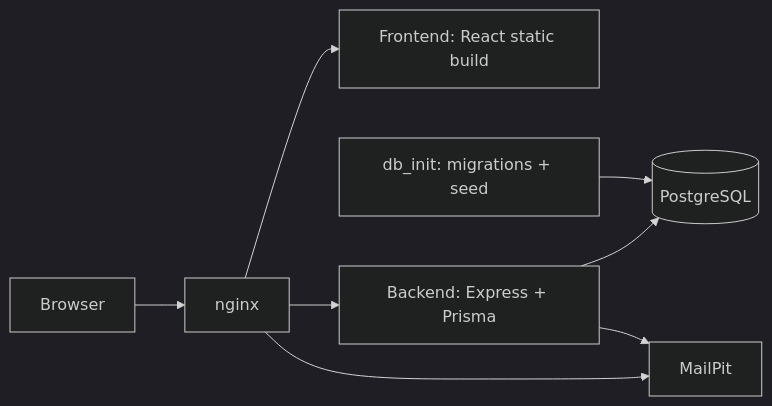
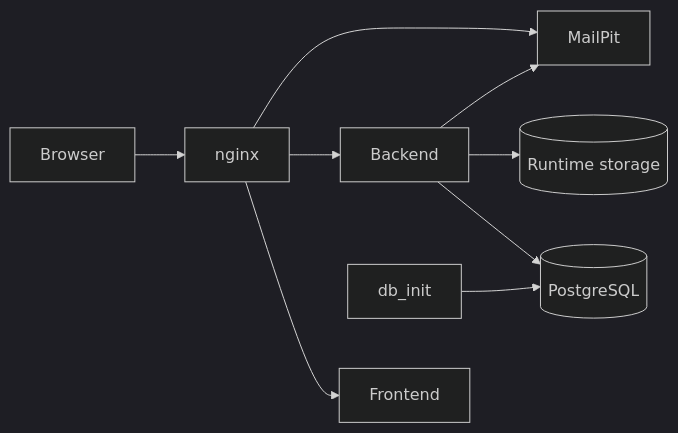
Before and after one commit to ComunidadVecinos/sigeco-webapp: the diagram in docs/architecture/overview.md, drawn with Mermaid (dark theme). The commit also changed other lines of this file and 15 other files, not shown here.

````diff
--- a/docs/architecture/overview.md
+++ b/docs/architecture/overview.md
@@ -87,18 +83,20 @@
 ```mermaid
 flowchart LR
   Browser[Browser]
   Nginx[nginx]
-  Frontend[Frontend: React static build]
-  Backend[Backend: Express + Prisma]
+  Frontend[Frontend]
+  Backend[Backend]
   DB[(PostgreSQL)]
   MailPit[MailPit]
-  DBInit[db_init: migrations + seed]
+  DBInit[db_init]
+  Storage[(Runtime storage)]
 
   Browser --> Nginx
   Nginx --> Frontend
   Nginx --> Backend
   Nginx --> MailPit
   Backend --> DB
+  Backend --> Storage
   Backend --> MailPit
   DBInit --> DB
 ```
````
